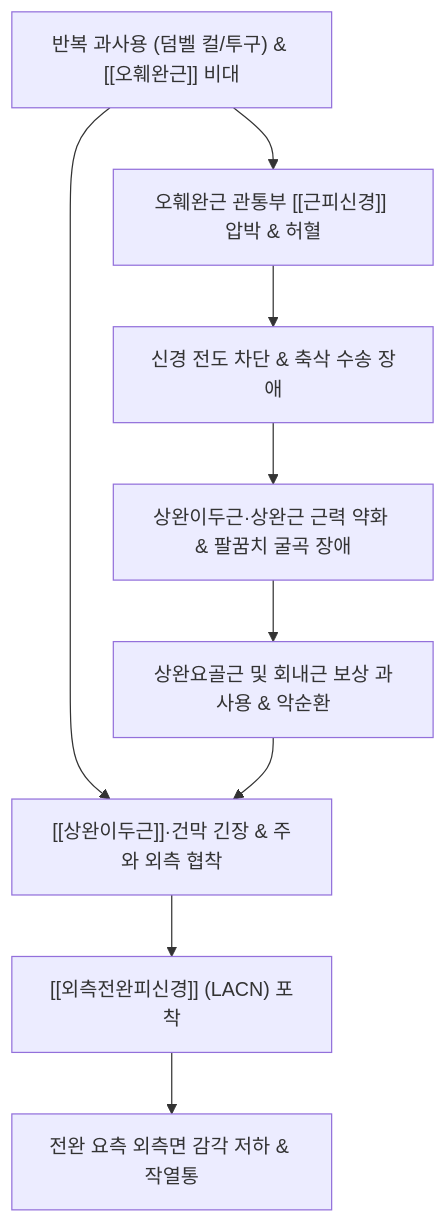
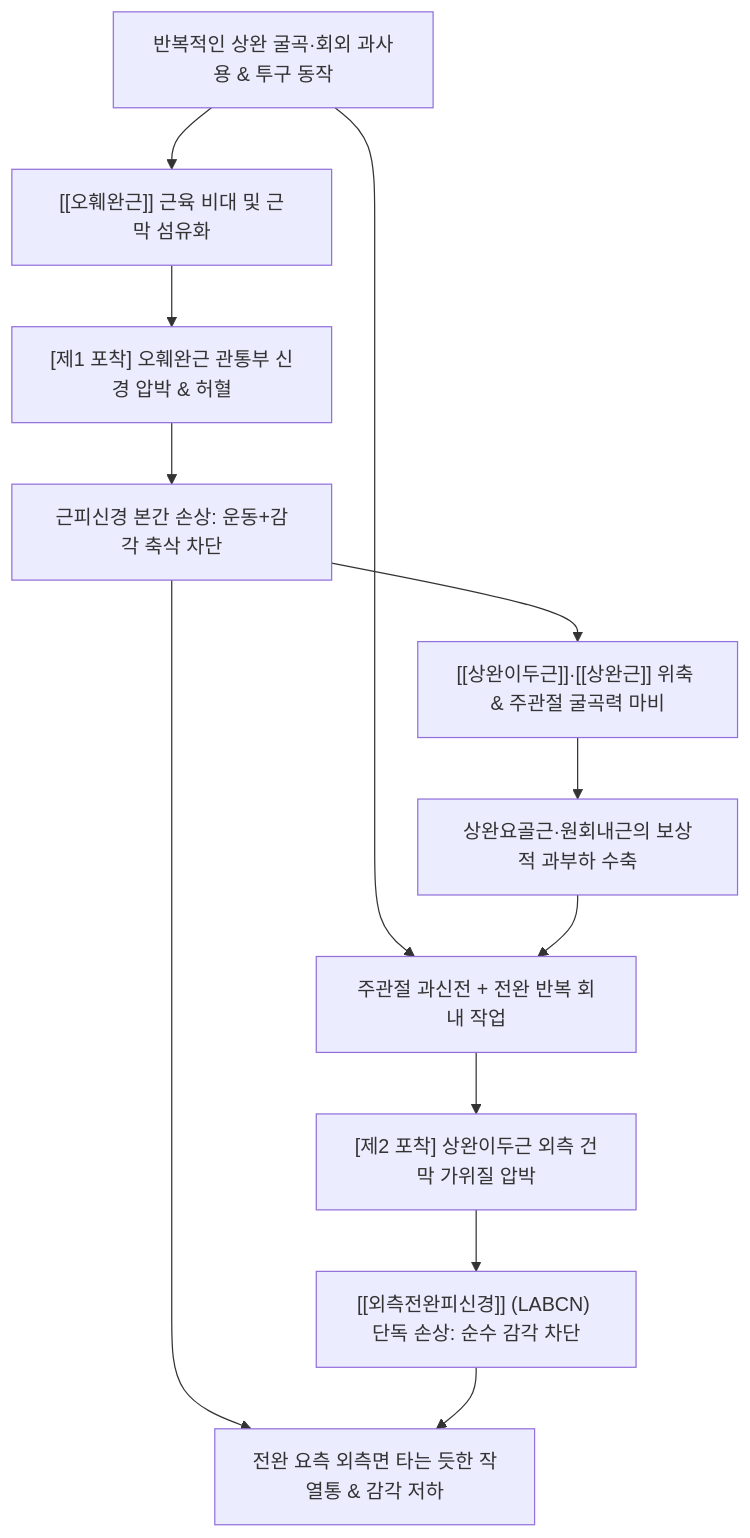
Before and after one commit to simbio11/simbio-digital-garden2: the diagram in content/3. 이론 공부/질환/근골격계 질환/하지/근피신경 포착 증후군.md, drawn with Mermaid. The commit also changed other lines of this file and 350 other files, not shown here.

````diff
--- a/content/3. 이론 공부/질환/근골격계 질환/하지/근피신경 포착 증후군.md
+++ b/content/3. 이론 공부/질환/근골격계 질환/하지/근피신경 포착 증후군.md
@@ -82,11 +117,18 @@
 ```mermaid
 graph TD
-    Overuse["반복 과사용 (덤벨 컬/투구) & [[오훼완근]] 비대"] --> Entrap1["오훼완근 관통부 [[근피신경]] 압박 & 허혈"]
-    Overuse --> BicepsTight["[[상완이두근]]·건막 긴장 & 주와 외측 협착"]
-    Entrap1 --> AxonLoss["신경 전도 차단 & 축삭 수송 장애"]
-    BicepsTight --> Entrap2["[[외측전완피신경]] (LACN) 포착"]
-    Entrap2 --> SensoryDef["전완 요측 외측면 감각 저하 & 작열통"]
-    AxonLoss --> MotorDef["상완이두근·상완근 근력 약화 & 팔꿈치 굴곡 장애"]
-    MotorDef --> Comp["상완요골근 및 회내근 보상 과사용 & 악순환"]
-    Comp --> BicepsTight
+    Overuse["반복적인 상완 굴곡·회외 과사용 & 투구 동작"] --> Hypertrophy["[[오훼완근]] 근육 비대 및 근막 섬유화"]
+    Overuse --> ElbowTension["주관절 과신전 + 전완 반복 회내 작업"]
+    
+    Hypertrophy --> Tunnel1["[제1 포착] 오훼완근 관통부 신경 압박 & 허혈"]
+    ElbowTension --> Tunnel2["[제2 포착] 상완이두근 외측 건막 가위질 압박"]
+    
+    Tunnel1 --> MotorAxon["근피신경 본간 손상: 운동+감각 축삭 차단"]
+    Tunnel2 --> SensoryAxon["[[외측전완피신경]] (LABCN) 단독 손상: 순수 감각 차단"]
+    
+    MotorAxon --> MotorDeficit["[[상완이두근]]·[[상완근]] 위축 & 주관절 굴곡력 마비"]
+    MotorAxon --> SensoryDeficit["전완 요측 외측면 타는 듯한 작열통 & 감각 저하"]
+    SensoryAxon --> SensoryDeficit
+    
+    MotorDeficit --> Compensation["상완요골근·원회내근의 보상적 과부하 수축"]
+    Compensation --> ElbowTension
 ```
````
